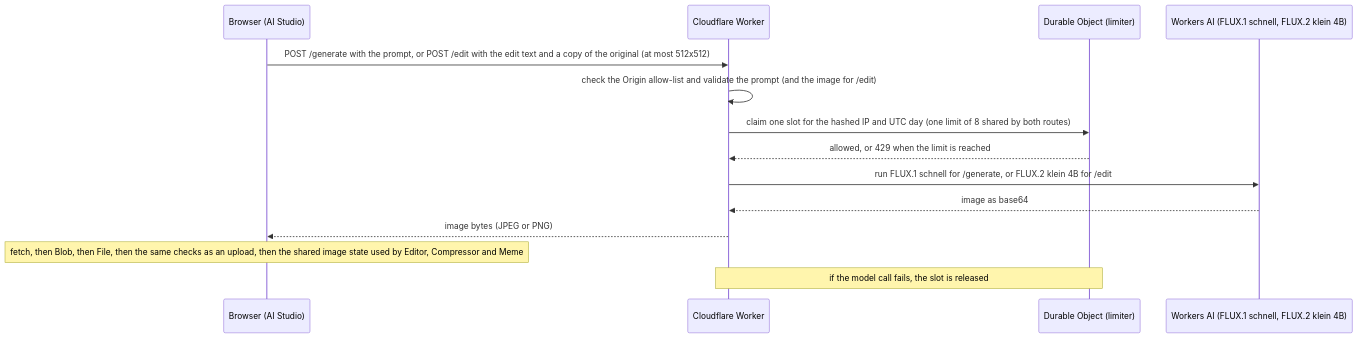
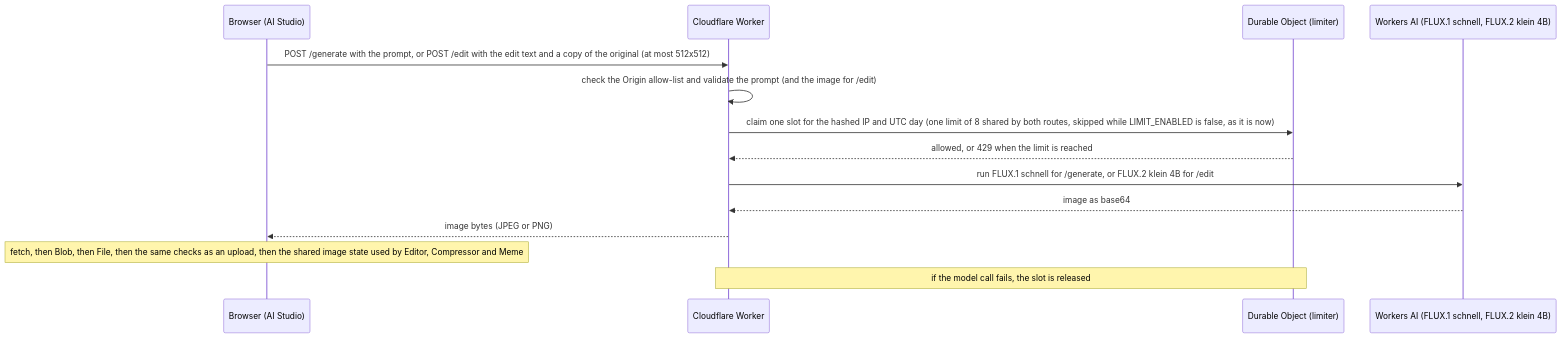
One commit to Mhashir05/PixelKit changed the diagram in README.md. Above: the diagram before and after it, drawn with Mermaid. The commit also changed other lines of this file and 6 other files, not shown here.

Commit message:
Merge AI Studio prompt into one box and switch off the per-IP limit for now

````diff
--- a/README.md
+++ b/README.md
@@ -27,16 +27,16 @@
 ```mermaid
 sequenceDiagram
     participant B as Browser (AI Studio)
     participant W as Cloudflare Worker
     participant D as Durable Object (limiter)
     participant A as Workers AI (FLUX.1 schnell, FLUX.2 klein 4B)
     B->>W: POST /generate with the prompt, or POST /edit with the edit text and a copy of the original (at most 512x512)
     W->>W: check the Origin allow-list and validate the prompt (and the image for /edit)
-    W->>D: claim one slot for the hashed IP and UTC day (one limit of 8 shared by both routes)
+    W->>D: claim one slot for the hashed IP and UTC day (one limit of 8 shared by both routes, skipped while LIMIT_ENABLED is false, as it is now)
     D-->>W: allowed, or 429 when the limit is reached
     W->>A: run FLUX.1 schnell for /generate, or FLUX.2 klein 4B for /edit
     A-->>W: image as base64
     W-->>B: image bytes (JPEG or PNG)
     Note over B: fetch, then Blob, then File, then the same checks as an upload, then the shared image state used by Editor, Compressor and Meme
     Note over W,D: if the model call fails, the slot is released
 ```
````
